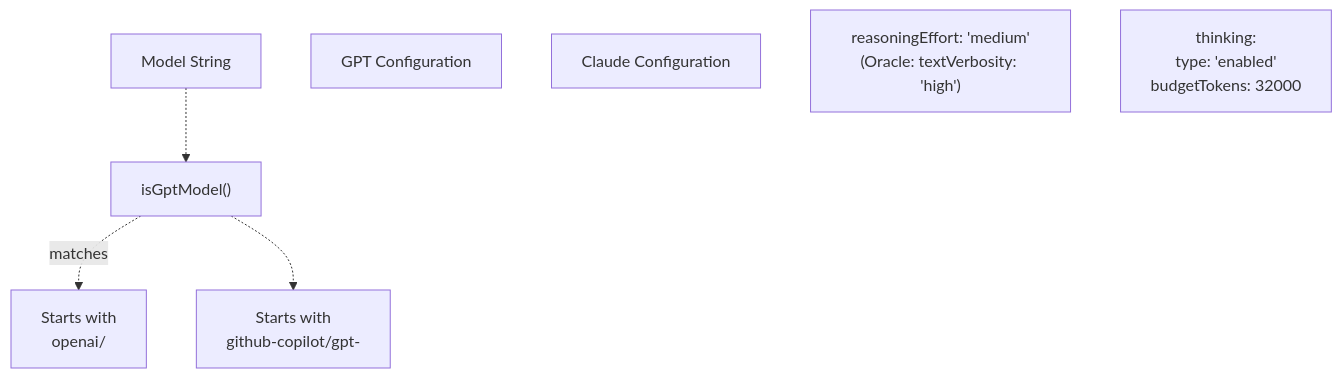
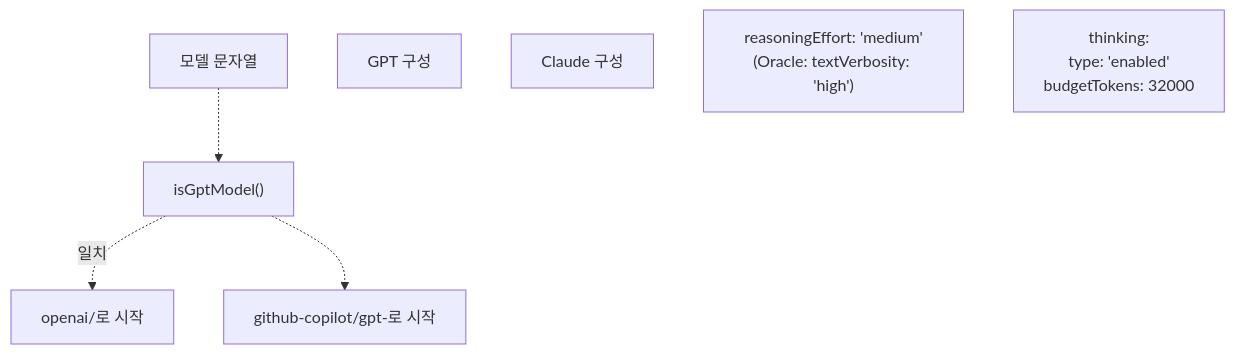
One commit to felipetruman/oh-my-opencode-docs changed the second of 4 diagrams in docs/advanced/model-configuration.md. Above: the diagram before and after it, drawn with Mermaid. The commit also changed other lines of this file and 76 other files, not shown here.

````diff
--- a/docs/advanced/model-configuration.md
+++ b/docs/advanced/model-configuration.md
@@ -89,16 +87,16 @@
 ```mermaid
 flowchart TD
 
-Model["Model String"]
+Model["모델 문자열"]
 Detect["isGptModel()"]
-GPT_Check1["Starts with<br>openai/"]
-GPT_Check2["Starts with<br>github-copilot/gpt-"]
-GPT_Config["GPT Configuration"]
-Claude_Config["Claude Configuration"]
+GPT_Check1["openai/로 시작"]
+GPT_Check2["github-copilot/gpt-로 시작"]
+GPT_Config["GPT 구성"]
+Claude_Config["Claude 구성"]
 GPT_Params["reasoningEffort: 'medium'<br>(Oracle: textVerbosity: 'high')"]
 Claude_Params["thinking:<br>  type: 'enabled'<br>  budgetTokens: 32000"]
 
 Model -.-> Detect
-Detect -.->|"matches"| GPT_Check1
+Detect -.->|"일치"| GPT_Check1
 Detect -.-> GPT_Check2
 ```
````
